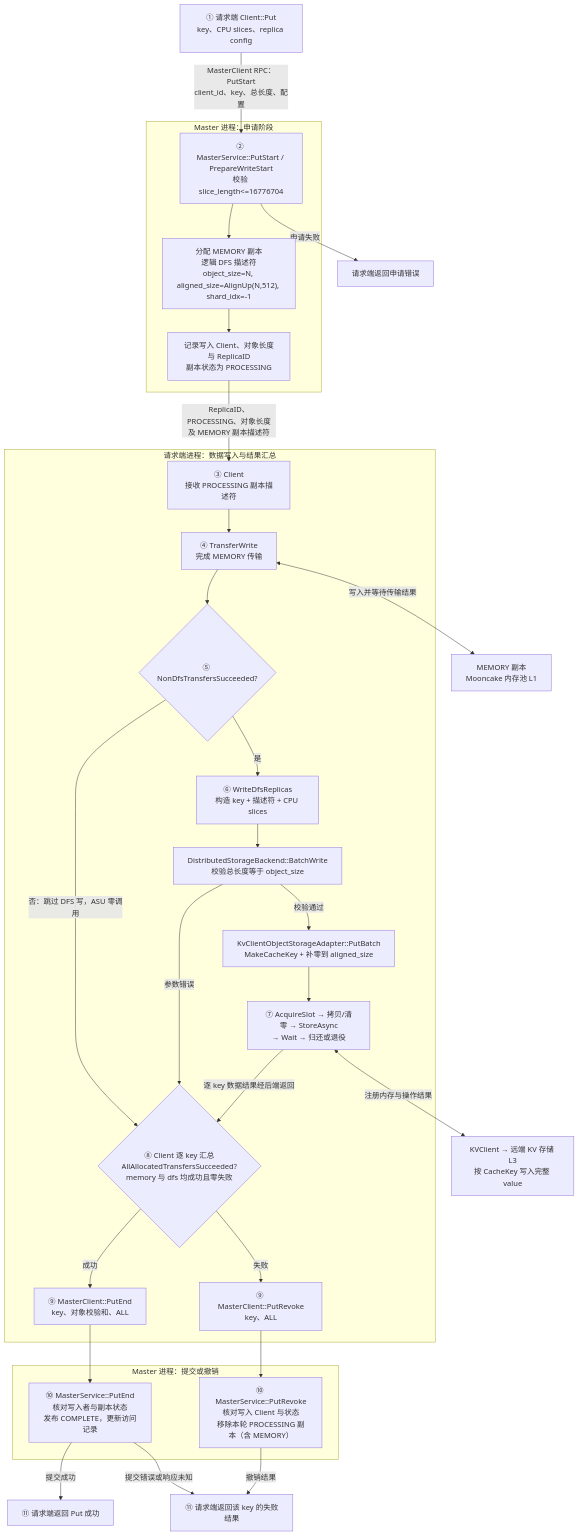
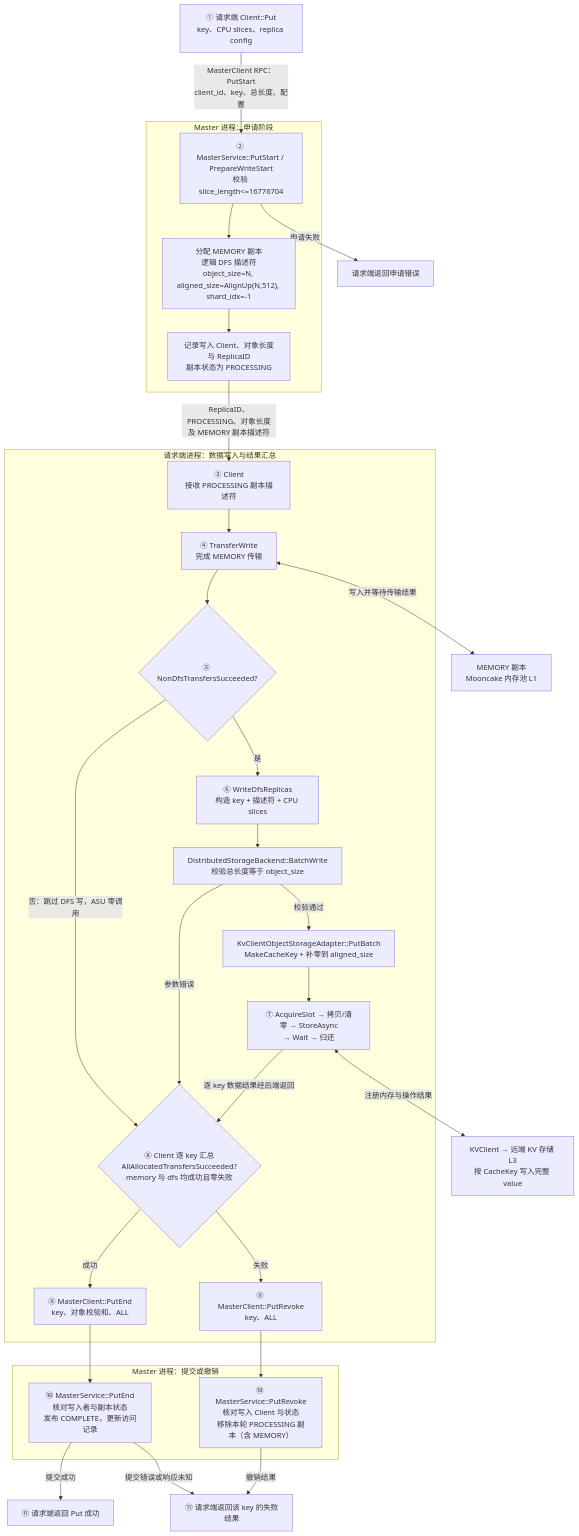
One commit to zwj20000328-dotcom/Mooncake-documents changed the fourth of 13 diagrams in Mooncake + KVClient L3 接入（Kvcs）- v3.md. Above: the diagram before and after it, drawn with Mermaid. The commit also changed other lines of this file, not shown here.

First line of the commit message:
docs: release the slot on every failure path

````diff
--- a/Mooncake + KVClient L3 接入（Kvcs）- v3.md
+++ b/Mooncake + KVClient L3 接入（Kvcs）- v3.md
@@ -319,60 +318,60 @@
 ```mermaid
 flowchart TB
     C1["① 请求端 Client::Put<br/>key、CPU slices、replica config"]
 
     subgraph MasterStart["Master 进程：申请阶段"]
         START["② MasterService::PutStart / PrepareWriteStart<br/>校验 slice_length<=16776704"]
         ALLOC["分配 MEMORY 副本<br/>逻辑 DFS 描述符<br/>object_size=N, aligned_size=AlignUp(N,512), shard_idx=-1"]
         META["记录写入 Client、对象长度与 ReplicaID<br/>副本状态为 PROCESSING"]
 
         START --> ALLOC
         ALLOC --> META
     end
 
     subgraph Request["请求端进程：数据写入与结果汇总"]
         C2["③ Client<br/>接收 PROCESSING 副本描述符"]
         T["④ TransferWrite<br/>完成 MEMORY 传输"]
         GATE{"⑤ NonDfsTransfersSucceeded?"}
         W["⑥ WriteDfsReplicas<br/>构造 key + 描述符 + CPU slices"]
         B["DistributedStorageBackend::BatchWrite<br/>校验总长度等于 object_size"]
         O["KvClientObjectStorageAdapter::PutBatch<br/>MakeCacheKey + 补零到 aligned_size"]
-        D["⑦ AcquireSlot → 拷贝/清零 → StoreAsync<br/>→ Wait → 归还或退役"]
+        D["⑦ AcquireSlot → 拷贝/清零 → StoreAsync<br/>→ Wait → 归还"]
         J{"⑧ Client 逐 key 汇总<br/>AllAllocatedTransfersSucceeded?<br/>memory 与 dfs 均成功且零失败"}
         END["⑨ MasterClient::PutEnd<br/>key、对象校验和、ALL"]
         REVOKE["⑨ MasterClient::PutRevoke<br/>key、ALL"]
 
         C2 --> T
         T --> GATE
         GATE -->|"是"| W
         GATE -->|"否：跳过 DFS 写，ASU 零调用"| J
         W --> B
         B -->|"校验通过"| O
         B -->|"参数错误"| J
         O --> D
         D -->|"逐 key 数据结果经后端返回"| J
         J -->|"成功"| END
         J -->|"失败"| REVOKE
     end
 
     subgraph MasterFinish["Master 进程：提交或撤销"]
         COMMIT["⑩ MasterService::PutEnd<br/>核对写入者与副本状态<br/>发布 COMPLETE，更新访问记录"]
         ABORT["⑩ MasterService::PutRevoke<br/>核对写入 Client 与状态<br/>移除本轮 PROCESSING 副本（含 MEMORY）"]
     end
 
     OK["⑪ 请求端返回 Put 成功"]
     FAIL["⑪ 请求端返回该 key 的失败结果"]
     REJECT["请求端返回申请错误"]
     RAM["MEMORY 副本<br/>Mooncake 内存池 L1"]
     S["KVClient → 远端 KV 存储 L3<br/>按 CacheKey 写入完整 value"]
 
     C1 -->|"MasterClient RPC：PutStart<br/>client_id、key、总长度、配置"| START
     START -->|"申请失败"| REJECT
     META -->|"ReplicaID、PROCESSING、对象长度<br/>及 MEMORY 副本描述符"| C2
     T <-->|"写入并等待传输结果"| RAM
     D <-->|"注册内存与操作结果"| S
     END --> COMMIT
     COMMIT -->|"提交成功"| OK
     COMMIT -->|"提交错误或响应未知"| FAIL
     REVOKE --> ABORT
     ABORT -->|"撤销结果"| FAIL
 ```
````
